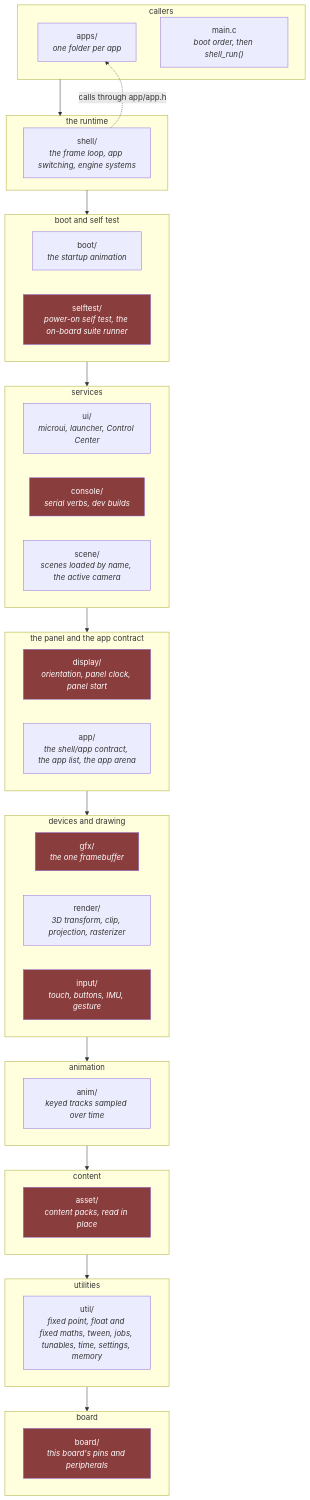
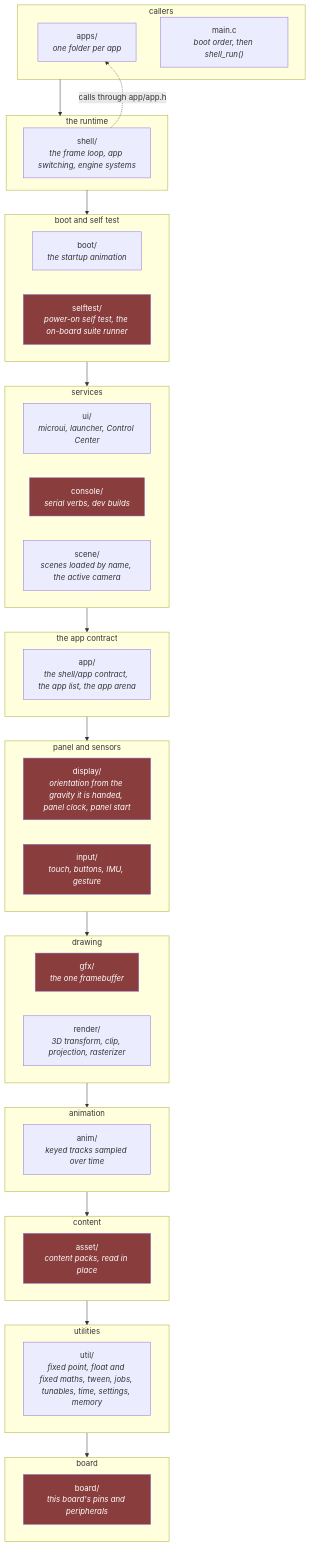
The first of 4 diagrams in docs/Firmware-Architecture.md (jose-villegas/autana), drawn with Mermaid before and after one commit. The commit also changed other lines of this file and 10 other files, not shown here.

First line of the commit message:
display: orientation from gravity the shell hands in; display stops reading the IMU (#650)

````diff
--- a/docs/Firmware-Architecture.md
+++ b/docs/Firmware-Architecture.md
@@ -47,45 +47,47 @@
 ```mermaid
 flowchart TB
     classDef hw fill:#8a3d3d,color:#fff
 
     subgraph R1["callers"]
         Apps["apps/<br/><i>one folder per app</i>"]
         Main["main.c<br/><i>boot order, then shell_run()</i>"]
     end
     subgraph R2["the runtime"]
         Shell["shell/<br/><i>the frame loop, app switching, engine systems</i>"]
     end
     subgraph R3["boot and self test"]
         Boot["boot/<br/><i>the startup animation</i>"]
         Selftest["selftest/<br/><i>power-on self test, the on-board suite runner</i>"]:::hw
     end
     subgraph R4["services"]
         Ui["ui/<br/><i>microui, launcher, Control Center</i>"]
         Console["console/<br/><i>serial verbs, dev builds</i>"]:::hw
         Scene["scene/<br/><i>scenes loaded by name, the active camera</i>"]
     end
-    subgraph R5["the panel and the app contract"]
-        Display["display/<br/><i>orientation, panel clock, panel start</i>"]:::hw
+    subgraph R5["the app contract"]
         App["app/<br/><i>the shell/app contract, the app list, the app arena</i>"]
     end
-    subgraph R6["devices and drawing"]
+    subgraph R6["panel and sensors"]
+        Display["display/<br/><i>orientation from the gravity it is handed, panel clock, panel start</i>"]:::hw
+        Input["input/<br/><i>touch, buttons, IMU, gesture</i>"]:::hw
+    end
+    subgraph R7["drawing"]
         Gfx["gfx/<br/><i>the one framebuffer</i>"]:::hw
         Render["render/<br/><i>3D transform, clip, projection, rasterizer</i>"]
-        Input["input/<br/><i>touch, buttons, IMU, gesture</i>"]:::hw
     end
-    subgraph R7["animation"]
+    subgraph R8["animation"]
         Anim["anim/<br/><i>keyed tracks sampled over time</i>"]
     end
-    subgraph R8["content"]
+    subgraph R9["content"]
         Asset["asset/<br/><i>content packs, read in place</i>"]:::hw
     end
-    subgraph R9["utilities"]
+    subgraph R10["utilities"]
         Util["util/<br/><i>fixed point, float and fixed maths, tween, jobs, tunables, time, settings, memory</i>"]
     end
-    subgraph R10["board"]
+    subgraph R11["board"]
         Board["board/<br/><i>this board's pins and peripherals</i>"]:::hw
     end
 
-    R1 --> R2 --> R3 --> R4 --> R5 --> R6 --> R7 --> R8 --> R9 --> R10
+    R1 --> R2 --> R3 --> R4 --> R5 --> R6 --> R7 --> R8 --> R9 --> R10 --> R11
     Shell -.->|"calls through app/app.h"| Apps
 ```
````
